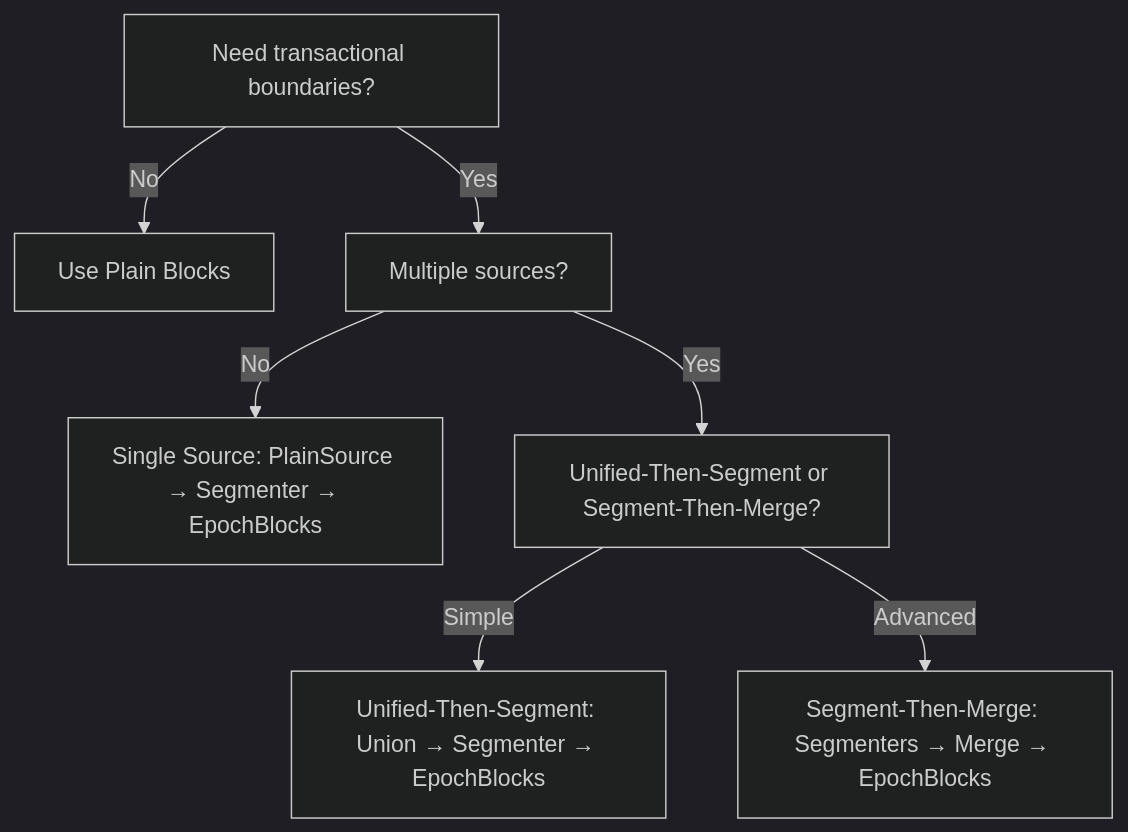
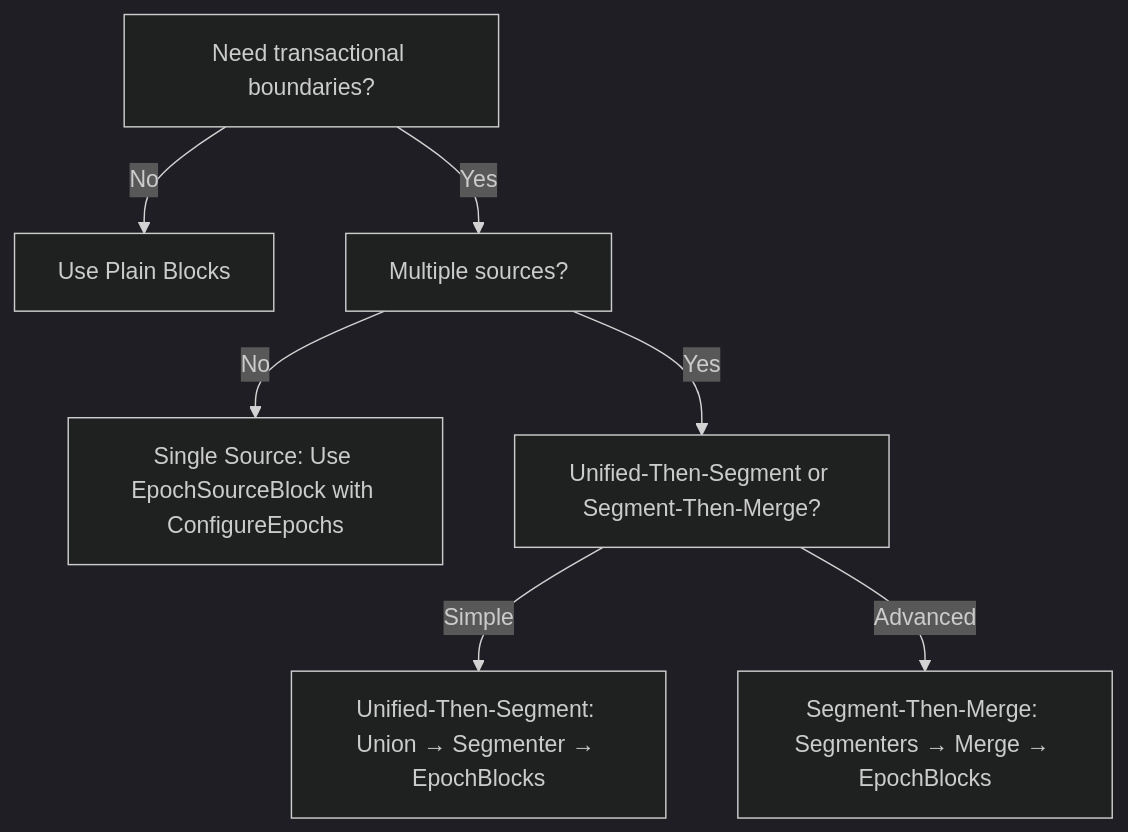
The fourth of 4 diagrams in poc/docs/guides/using-epochs.md (dazinator/DataFlow), drawn with Mermaid (dark theme) before and after one commit. The commit also changed other lines of this file and 3 other files, not shown here.

````diff
--- a/poc/docs/guides/using-epochs.md
+++ b/poc/docs/guides/using-epochs.md
@@ -574,9 +596,9 @@
 ```mermaid
 flowchart TD
     A[Need transactional boundaries?] -->|No| B[Use Plain Blocks]
     A -->|Yes| C[Multiple sources?]
-    C -->|No| D[Single Source: PlainSource → Segmenter → EpochBlocks]
+    C -->|No| D[Single Source: Use EpochSourceBlock with ConfigureEpochs]
     C -->|Yes| E[Unified-Then-Segment or Segment-Then-Merge?]
     E -->|Simple| F[Unified-Then-Segment: Union → Segmenter → EpochBlocks]
     E -->|Advanced| G[Segment-Then-Merge: Segmenters → Merge → EpochBlocks]
 ```
````
